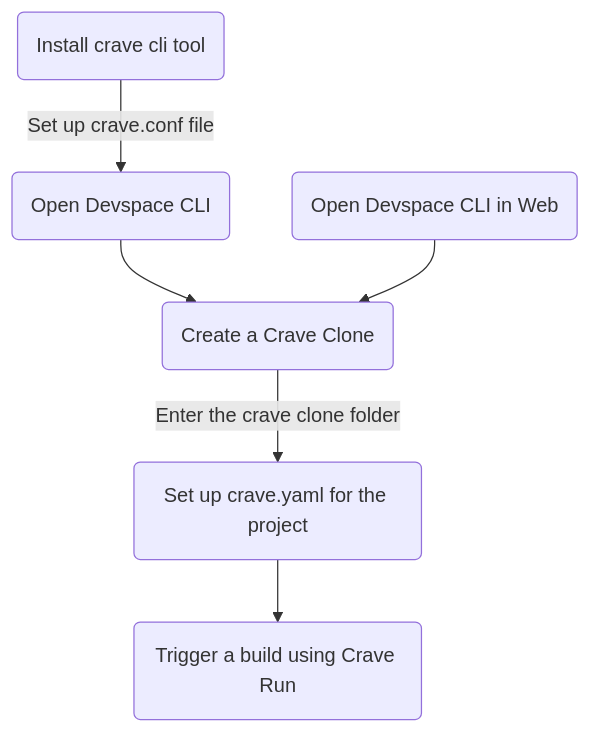
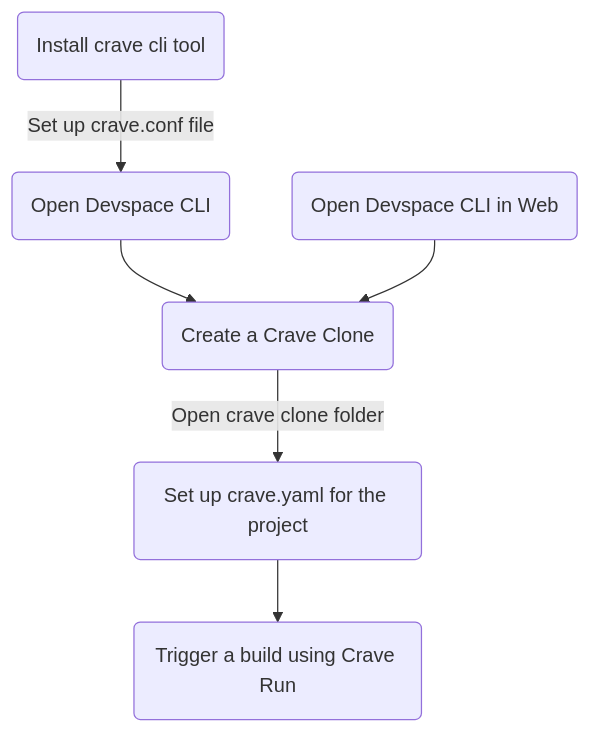
The diagram in getting-started/introduction.md (FOSSonTop/crave), drawn with Mermaid before and after one commit. The commit also changed 3 other files, not shown here.

Commit message:
Diagrams: Try to reword and shorten

````diff
--- a/getting-started/introduction.md
+++ b/getting-started/introduction.md
@@ -21,6 +21,6 @@
 ```mermaid
 flowchart TD
     A(Install crave cli tool) -->|Set up crave.conf file| A1(Open Devspace CLI) --> B(Create a Crave Clone)
     Z(Open Devspace CLI in Web) --> B
-    B -->|Enter the crave clone folder| C(Set up crave.yaml for the project) --> D(Trigger a build using Crave Run)
+    B -->|Open crave clone folder| C(Set up crave.yaml for the project) --> D(Trigger a build using Crave Run)
 ```
````
